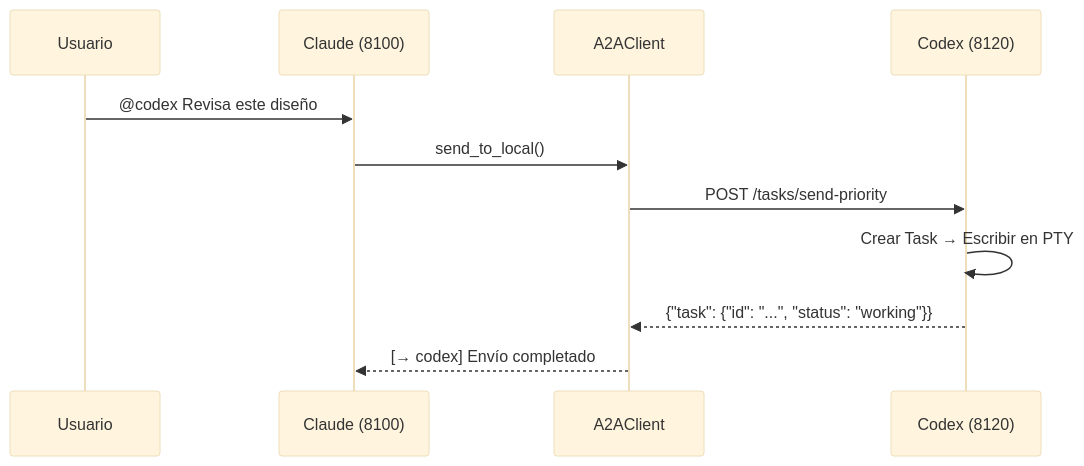
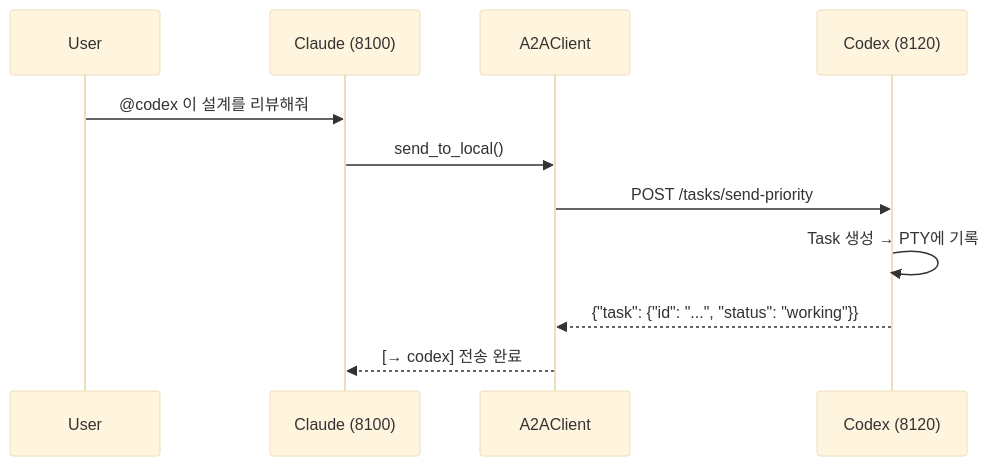
Before and after one commit to s-hiraoku/synapse-a2a: the third of 5 diagrams in README.ko.md, drawn with Mermaid (base theme). The commit also changed other lines of this file and 7 other files, not shown here.

````diff
--- a/README.ko.md
+++ b/README.ko.md
@@ -493,14 +446,14 @@
 ```mermaid
 sequenceDiagram
-    participant User as Usuario
+    participant User
     participant Claude as Claude (8100)
     participant Client as A2AClient
     participant Codex as Codex (8120)
 
-    User->>Claude: @codex Revisa este diseño
+    User->>Claude: @codex 이 설계를 리뷰해줘
     Claude->>Client: send_to_local()
     Client->>Codex: POST /tasks/send-priority
-    Codex->>Codex: Crear Task → Escribir en PTY
+    Codex->>Codex: Task 생성 → PTY에 기록
     Codex-->>Client: {"task": {"id": "...", "status": "working"}}
-    Client-->>Claude: [→ codex] Envío completado
+    Client-->>Claude: [→ codex] 전송 완료
 ```
````
